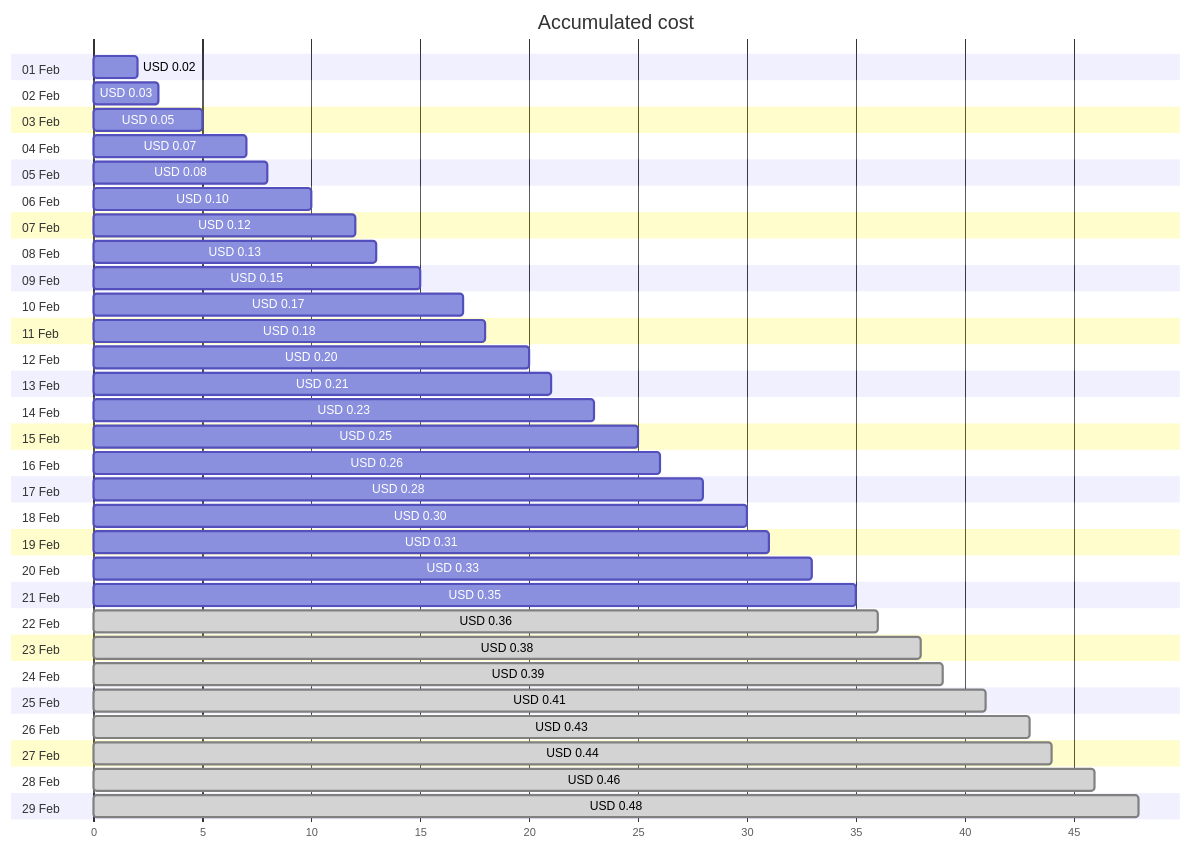
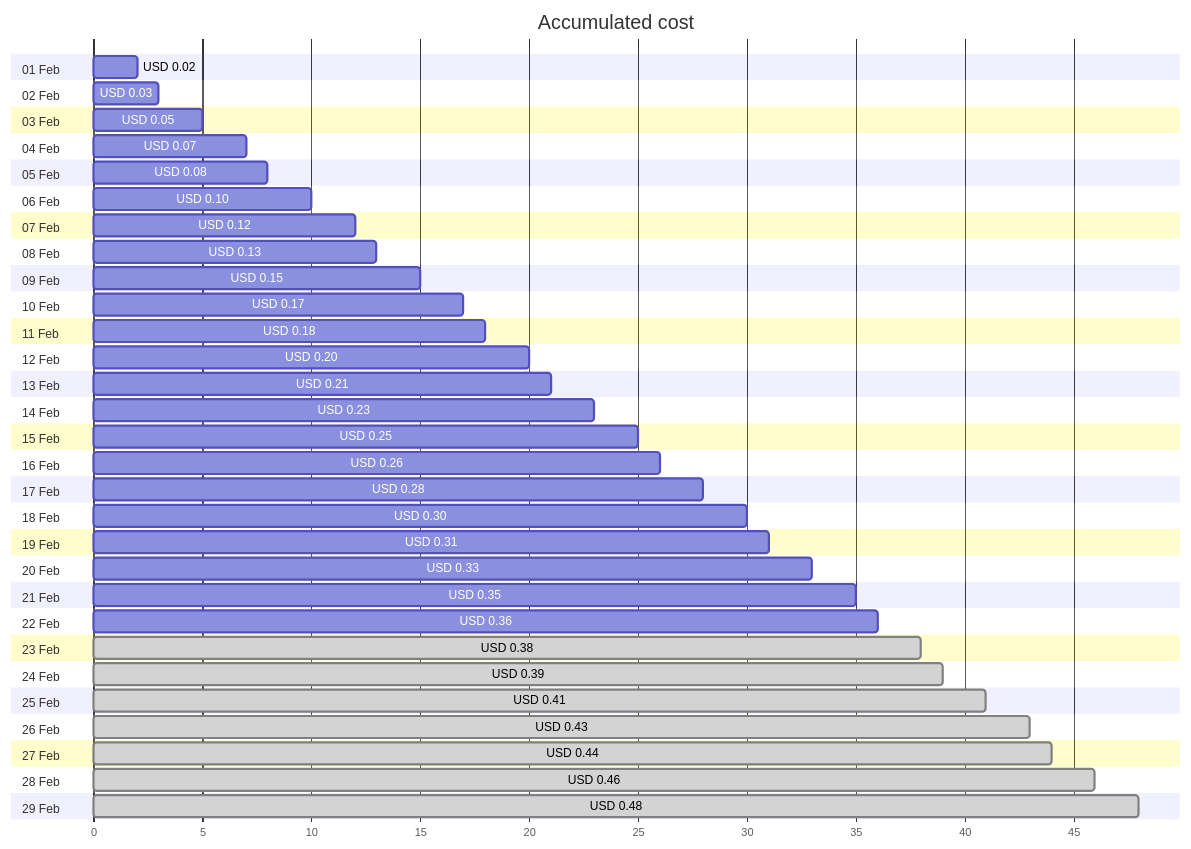
One commit to jpfulton/azure-personal-reports changed the first of 4 diagrams in cost-reports/personal-dns/jpatrickfulton.dev.md. Above: the diagram before and after it, drawn with Mermaid. The commit also changed other lines of this file and 2 other files, not shown here.

````diff
--- a/cost-reports/personal-dns/jpatrickfulton.dev.md
+++ b/cost-reports/personal-dns/jpatrickfulton.dev.md
@@ -20,64 +20,64 @@
 ```mermaid
 gantt
    title Accumulated cost
    dateFormat  X
    axisFormat %s
    section 01 Feb
    USD 0.02 :0, 2
    section 02 Feb
    USD 0.03 :0, 3
    section 03 Feb
    USD 0.05 :0, 5
    section 04 Feb
    USD 0.07 :0, 7
    section 05 Feb
    USD 0.08 :0, 8
    section 06 Feb
    USD 0.10 :0, 10
    section 07 Feb
    USD 0.12 :0, 12
    section 08 Feb
    USD 0.13 :0, 13
    section 09 Feb
    USD 0.15 :0, 15
    section 10 Feb
    USD 0.17 :0, 17
    section 11 Feb
    USD 0.18 :0, 18
    section 12 Feb
    USD 0.20 :0, 20
    section 13 Feb
    USD 0.21 :0, 21
    section 14 Feb
    USD 0.23 :0, 23
    section 15 Feb
    USD 0.25 :0, 25
    section 16 Feb
    USD 0.26 :0, 26
    section 17 Feb
    USD 0.28 :0, 28
    section 18 Feb
    USD 0.30 :0, 30
    section 19 Feb
    USD 0.31 :0, 31
    section 20 Feb
    USD 0.33 :0, 33
    section 21 Feb
    USD 0.35 :0, 35
    section 22 Feb
-   USD 0.36 : done, 0, 36
+   USD 0.36 :0, 36
    section 23 Feb
    USD 0.38 : done, 0, 38
    section 24 Feb
    USD 0.39 : done, 0, 39
    section 25 Feb
    USD 0.41 : done, 0, 41
    section 26 Feb
    USD 0.43 : done, 0, 43
    section 27 Feb
    USD 0.44 : done, 0, 44
    section 28 Feb
    USD 0.46 : done, 0, 46
    section 29 Feb
    USD 0.48 : done, 0, 48
 ```
````
